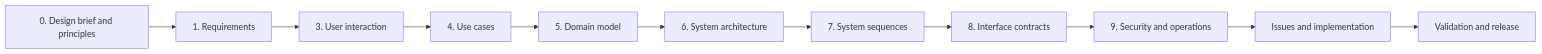
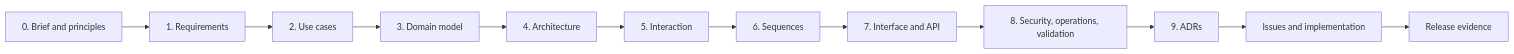
One commit to alan746/MySend changed the diagram in docs/design/README.md. Above: the diagram before and after it, drawn with Mermaid. The commit also changed other lines of this file, not shown here.

Commit message:
docs(design): Reorder the traceable design baseline

````diff
--- a/docs/design/README.md
+++ b/docs/design/README.md
@@ -11,13 +8,14 @@
 ```mermaid
 flowchart LR
-    A["0. Design brief and principles"] --> B["1. Requirements"]
-    B --> D["3. User interaction"]
-    D --> E["4. Use cases"]
-    E --> F["5. Domain model"]
-    F --> G["6. System architecture"]
-    G --> H["7. System sequences"]
-    H --> I["8. Interface contracts"]
-    I --> J["9. Security and operations"]
+    A["0. Brief and principles"] --> B["1. Requirements"]
+    B --> C["2. Use cases"]
+    C --> D["3. Domain model"]
+    D --> E["4. Architecture"]
+    E --> F["5. Interaction"]
+    F --> G["6. Sequences"]
+    G --> H["7. Interface and API"]
+    H --> I["8. Security, operations, validation"]
+    I --> J["9. ADRs"]
     J --> K["Issues and implementation"]
-    K --> L["Validation and release"]
+    K --> L["Release evidence"]
 ```
````
